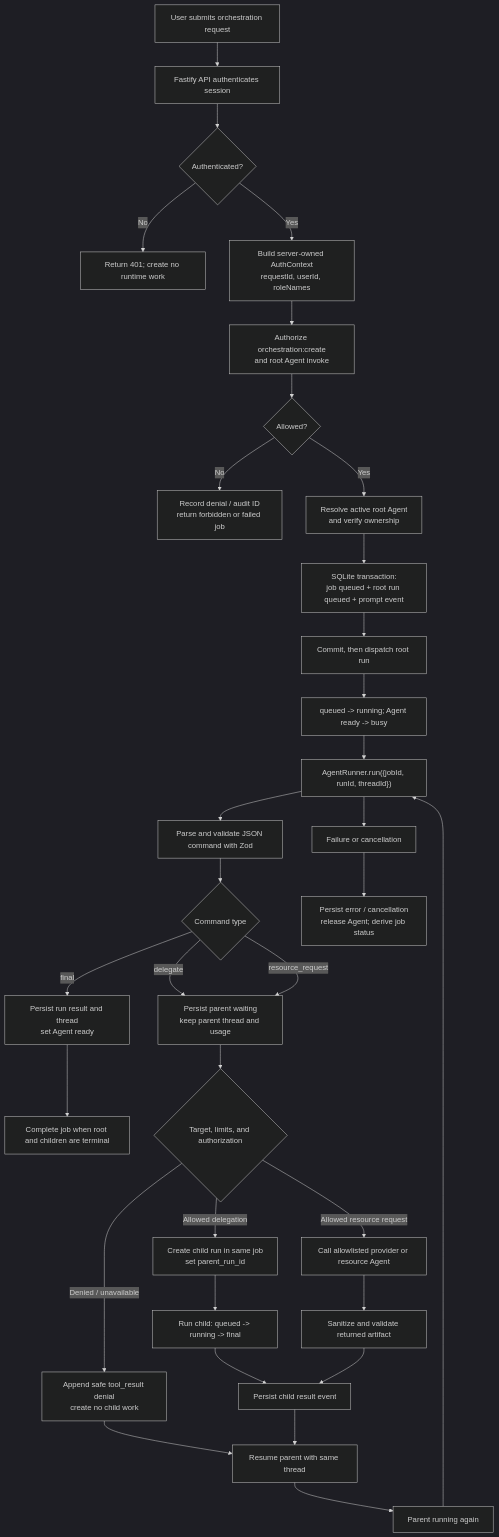
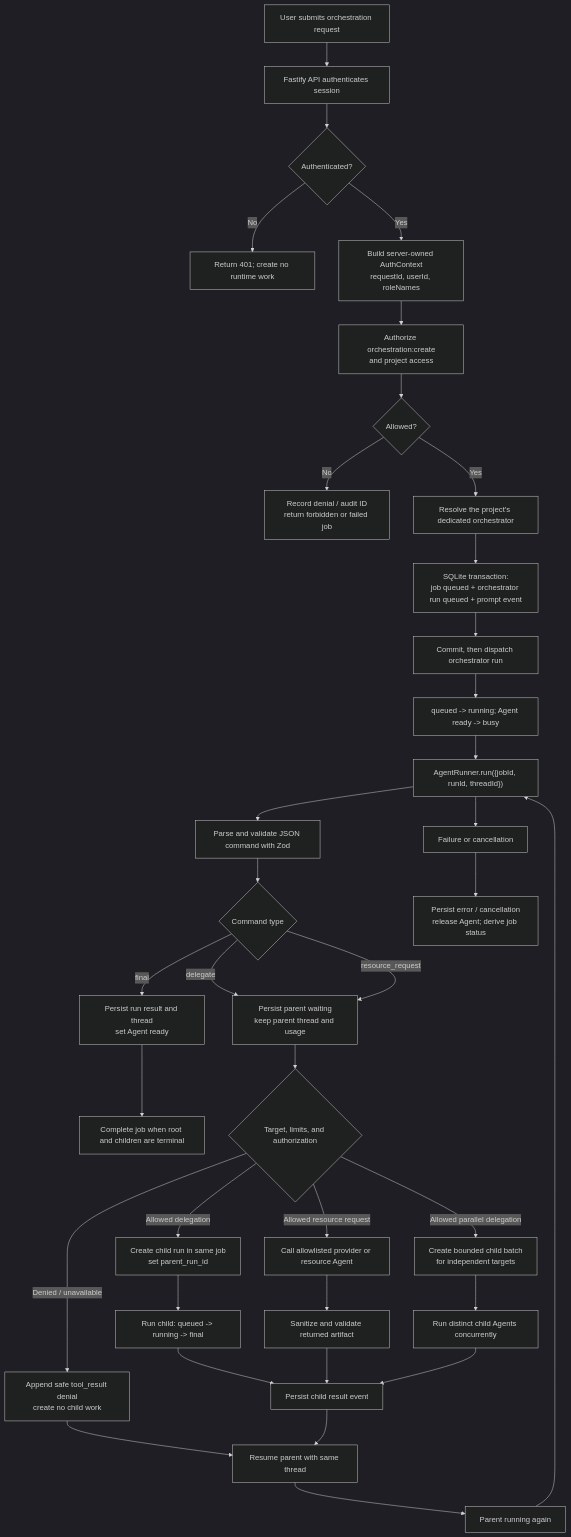
The first of 3 diagrams in docs/ORCHESTRATION_WORKFLOW.md (Zerius7733/tictac-techjam), drawn with Mermaid (dark theme) before and after one commit. The commit also changed other lines of this file and 27 other files, not shown here.

````diff
--- a/docs/ORCHESTRATION_WORKFLOW.md
+++ b/docs/ORCHESTRATION_WORKFLOW.md
@@ -41,35 +43,38 @@
 ```mermaid
 flowchart TD
     A["User submits orchestration request"] --> B["Fastify API authenticates session"]
     B --> C{"Authenticated?"}
     C -- "No" --> C1["Return 401; create no runtime work"]
     C -- "Yes" --> D["Build server-owned AuthContext<br/>requestId, userId, roleNames"]
-    D --> E["Authorize orchestration:create<br/>and root Agent invoke"]
+    D --> E["Authorize orchestration:create<br/>and project access"]
     E --> F{"Allowed?"}
     F -- "No" --> F1["Record denial / audit ID<br/>return forbidden or failed job"]
-    F -- "Yes" --> G["Resolve active root Agent<br/>and verify ownership"]
-    G --> H["SQLite transaction:<br/>job queued + root run queued + prompt event"]
-    H --> I["Commit, then dispatch root run"]
+    F -- "Yes" --> G["Resolve the project's dedicated orchestrator"]
+    G --> H["SQLite transaction:<br/>job queued + orchestrator run queued + prompt event"]
+    H --> I["Commit, then dispatch orchestrator run"]
     I --> J["queued -> running; Agent ready -> busy"]
     J --> K["AgentRunner.run({jobId, runId, threadId})"]
     K --> L["Parse and validate JSON command with Zod"]
     L --> M{"Command type"}
     M -- "final" --> N["Persist run result and thread<br/>set Agent ready"]
     N --> O["Complete job when root and children are terminal"]
     M -- "delegate" --> P["Persist parent waiting<br/>keep parent thread and usage"]
     M -- "resource_request" --> P
     P --> Q{"Target, limits, and authorization"}
     Q -- "Denied / unavailable" --> R["Append safe tool_result denial<br/>create no child work"]
     R --> S["Resume parent with same thread"]
     Q -- "Allowed delegation" --> T["Create child run in same job<br/>set parent_run_id"]
     T --> U["Run child: queued -> running -> final"]
     U --> V["Persist child result event"]
     V --> S
     Q -- "Allowed resource request" --> W["Call allowlisted provider or resource Agent"]
     W --> X["Sanitize and validate returned artifact"]
     X --> V
     S --> Y["Parent running again"]
     Y --> K
     K --> Z["Failure or cancellation"]
     Z --> Z1["Persist error / cancellation<br/>release Agent; derive job status"]
+    Q -- "Allowed parallel delegation" --> Q1["Create bounded child batch<br/>for independent targets"]
+    Q1 --> Q2["Run distinct child Agents concurrently"]
+    Q2 --> V
 ```
````
